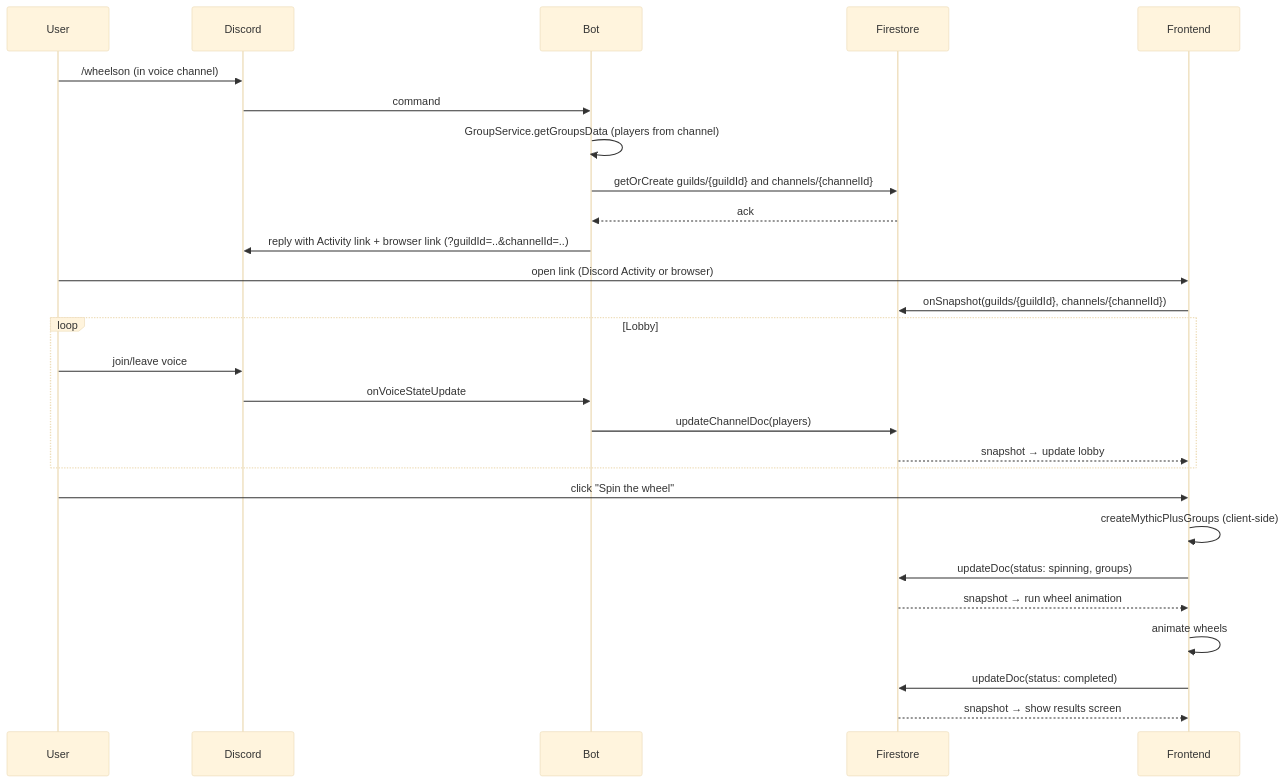
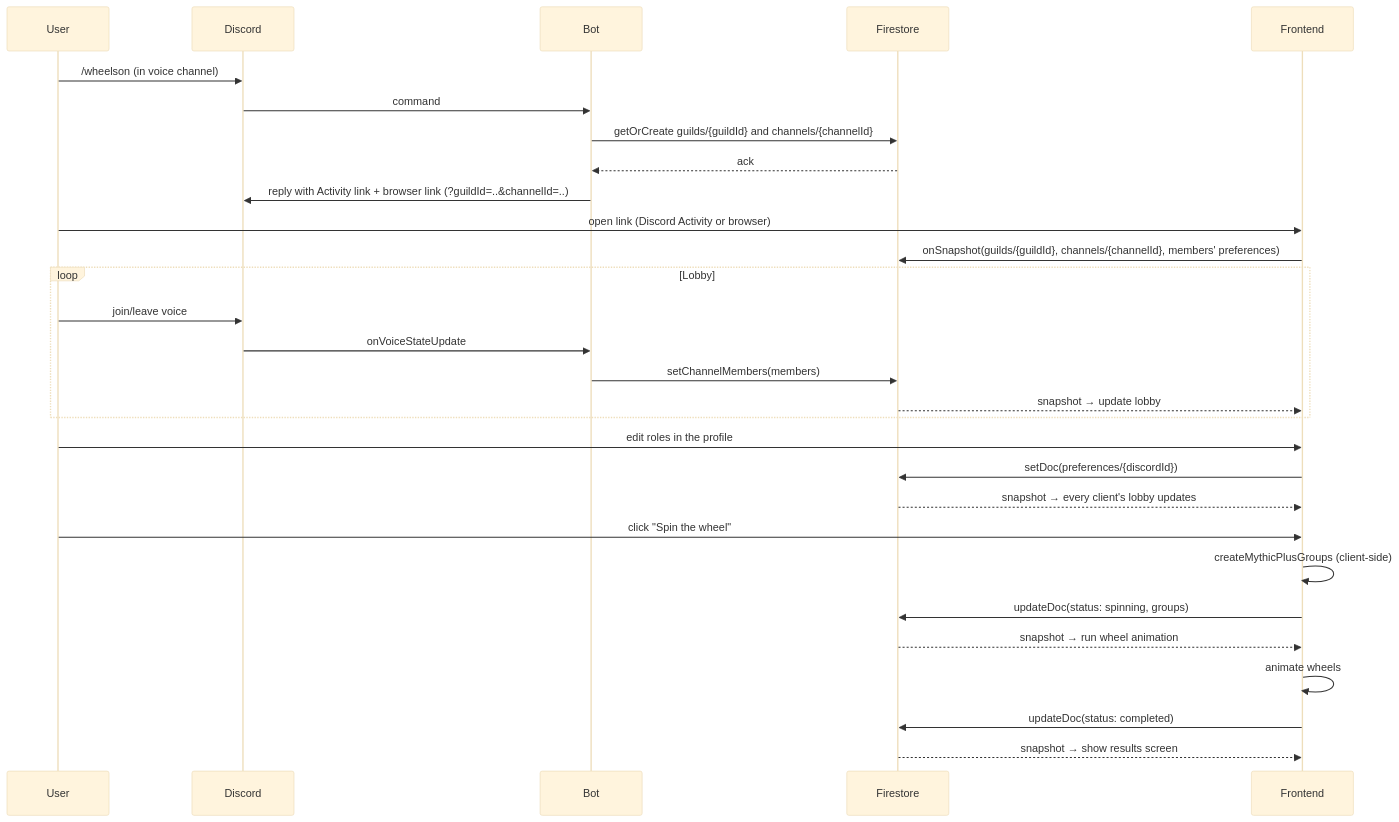
One commit to TytaniumDev/MythicPlusDiscordBot changed the fourth of 5 diagrams in ARCHITECTURE.md. Above: the diagram before and after it, drawn with Mermaid (base theme). The commit also changed other lines of this file and 66 other files, not shown here.

````diff
--- a/ARCHITECTURE.md
+++ b/ARCHITECTURE.md
@@ -253,32 +242,35 @@
 ```mermaid
 sequenceDiagram
     participant User
     participant Discord
     participant Bot
     participant Firestore
     participant Frontend
 
     User->>Discord: /wheelson (in voice channel)
     Discord->>Bot: command
-    Bot->>Bot: GroupService.getGroupsData (players from channel)
     Bot->>Firestore: getOrCreate guilds/{guildId} and channels/{channelId}
     Firestore-->>Bot: ack
     Bot->>Discord: reply with Activity link + browser link (?guildId=..&channelId=..)
     User->>Frontend: open link (Discord Activity or browser)
-    Frontend->>Firestore: onSnapshot(guilds/{guildId}, channels/{channelId})
+    Frontend->>Firestore: onSnapshot(guilds/{guildId}, channels/{channelId}, members' preferences)
 
     loop Lobby
         User->>Discord: join/leave voice
         Discord->>Bot: onVoiceStateUpdate
-        Bot->>Firestore: updateChannelDoc(players)
+        Bot->>Firestore: setChannelMembers(members)
         Firestore-->>Frontend: snapshot → update lobby
     end
+
+    User->>Frontend: edit roles in the profile
+    Frontend->>Firestore: setDoc(preferences/{discordId})
+    Firestore-->>Frontend: snapshot → every client's lobby updates
 
     User->>Frontend: click "Spin the wheel"
     Frontend->>Frontend: createMythicPlusGroups (client-side)
     Frontend->>Firestore: updateDoc(status: spinning, groups)
     Firestore-->>Frontend: snapshot → run wheel animation
     Frontend->>Frontend: animate wheels
     Frontend->>Firestore: updateDoc(status: completed)
     Firestore-->>Frontend: snapshot → show results screen
 ```
````
